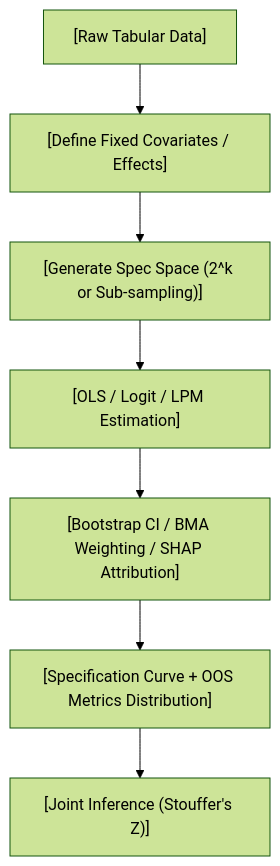
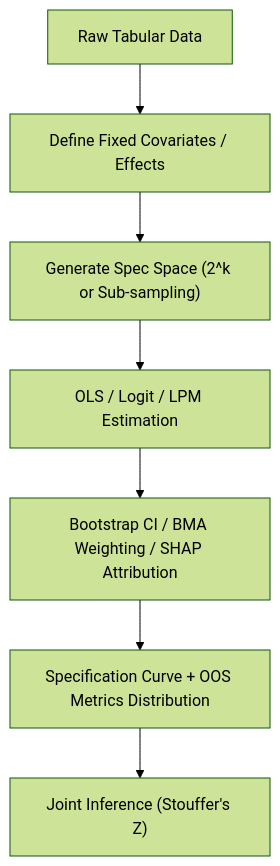
One commit to sou350121/Trading-Handbook changed the diagram in foundations/evaluation-benchmarks/robustipy.md. Above: the diagram before and after it, drawn with Mermaid (forest theme). The commit also changed 191 other files, not shown here.

First line of the commit message:
render: fix math + mermaid for GitHub across the corpus (188 pages)

````diff
--- a/foundations/evaluation-benchmarks/robustipy.md
+++ b/foundations/evaluation-benchmarks/robustipy.md
@@ -31,9 +31,9 @@
 ```mermaid
 flowchart TD
-  A["[Raw Tabular Data]"] --> B["[Define Fixed Covariates / Effects]"]
-  B --> C["[Generate Spec Space (2^k or Sub-sampling)]"]
-  C --> D["[OLS / Logit / LPM Estimation]"]
-  D --> E["[Bootstrap CI / BMA Weighting / SHAP Attribution]"]
-  E --> F["[Specification Curve + OOS Metrics Distribution]"]
-  F --> G["[Joint Inference (Stouffer's Z)]"]
+  A["Raw Tabular Data"] --> B["Define Fixed Covariates / Effects"]
+  B --> C["Generate Spec Space (2^k or Sub-sampling)"]
+  C --> D["OLS / Logit / LPM Estimation"]
+  D --> E["Bootstrap CI / BMA Weighting / SHAP Attribution"]
+  E --> F["Specification Curve + OOS Metrics Distribution"]
+  F --> G["Joint Inference (Stouffer's Z)"]
 ```
````
